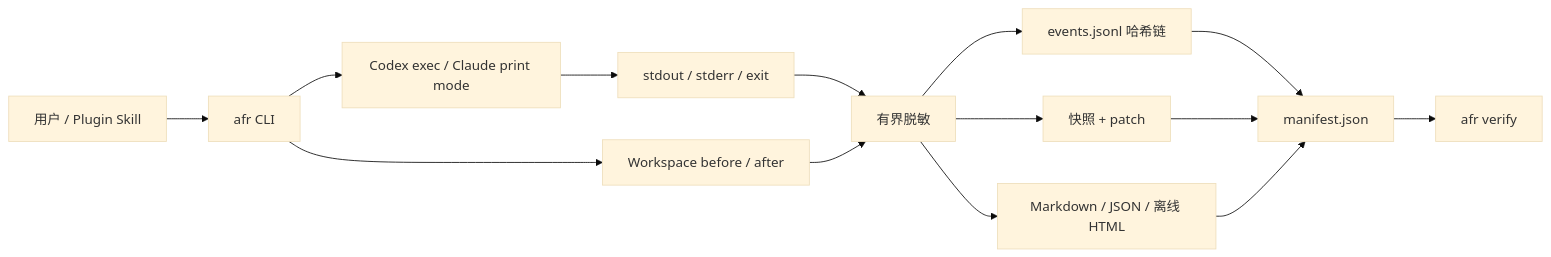
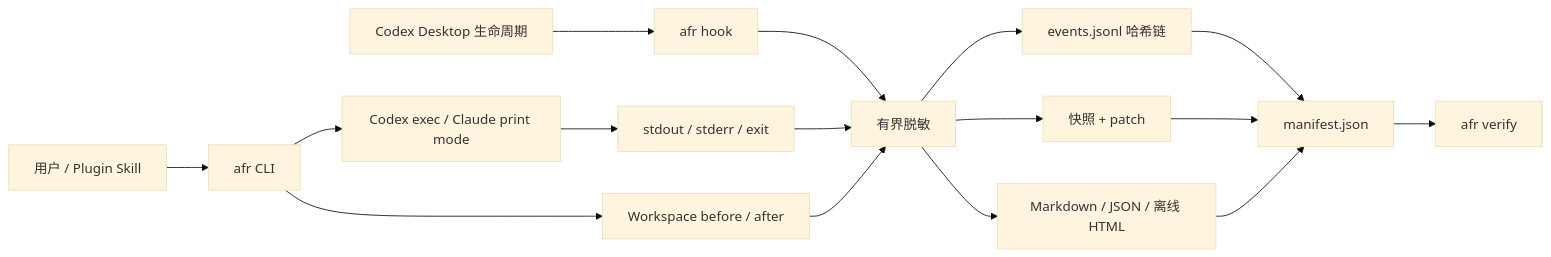
Before and after one commit to liao96312/agent-flight-recorder: the diagram in README.zh-CN.md, drawn with Mermaid (base theme). The commit also changed other lines of this file and 2 other files, not shown here.

````diff
--- a/README.zh-CN.md
+++ b/README.zh-CN.md
@@ -41,16 +49,18 @@
 ```mermaid
 flowchart LR
   User["用户 / Plugin Skill"] --> CLI["afr CLI"]
   CLI --> Agent["Codex exec / Claude print mode"]
   Agent --> Output["stdout / stderr / exit"]
   CLI --> Workspace["Workspace before / after"]
+  Desktop["Codex Desktop 生命周期"] --> Hook["afr hook"]
+  Hook --> Redact
   Output --> Redact["有界脱敏"]
   Workspace --> Redact
   Redact --> Events["events.jsonl 哈希链"]
   Redact --> Artifacts["快照 + patch"]
   Redact --> Reports["Markdown / JSON / 离线 HTML"]
   Events --> Manifest["manifest.json"]
   Artifacts --> Manifest
   Reports --> Manifest
   Manifest --> Verify["afr verify"]
 ```
````
